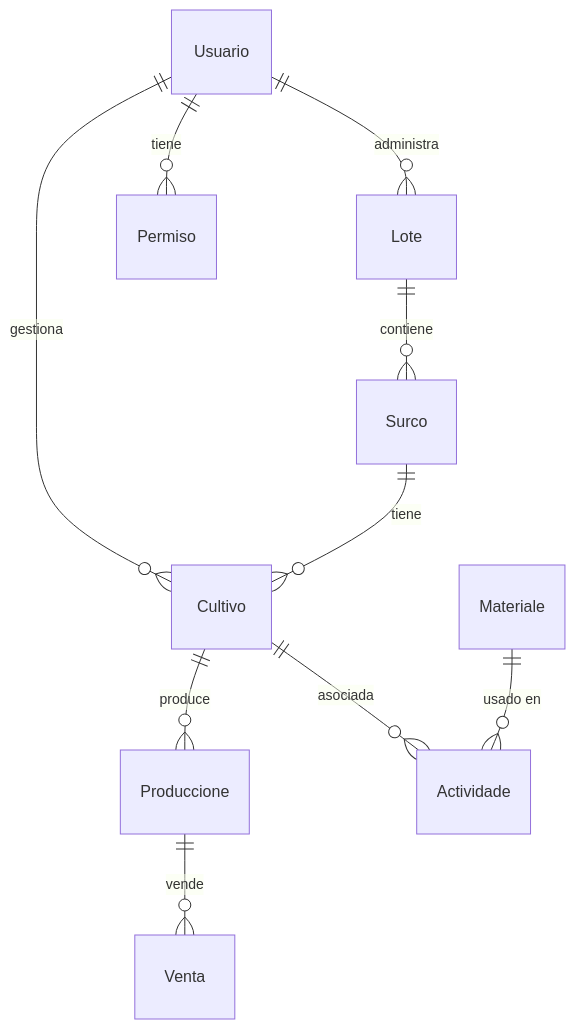
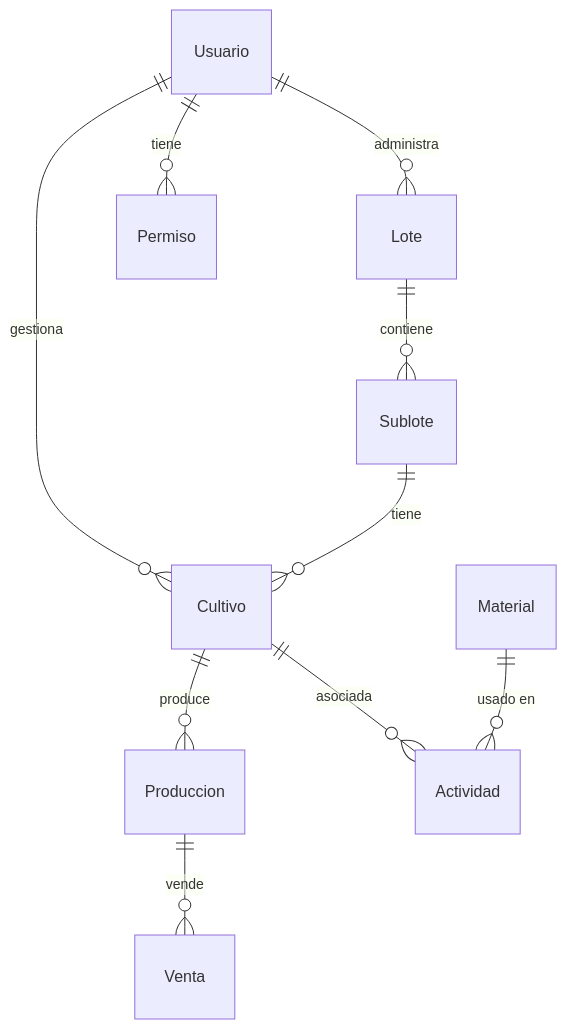
One commit to KERLINFIGUEROA0/ProyectoFormativoAgrotech changed the second of 13 diagrams in documentacion/src/content/docs/arquitectura.md. Above: the diagram before and after it, drawn with Mermaid. The commit also changed other lines of this file and 27 other files, not shown here.

````diff
--- a/documentacion/src/content/docs/arquitectura.md
+++ b/documentacion/src/content/docs/arquitectura.md
@@ -35,12 +35,12 @@
 ```mermaid
 erDiagram
     Usuario ||--o{ Cultivo : "gestiona"
     Usuario ||--o{ Lote : "administra"
-    Lote ||--o{ Surco : "contiene"
-    Surco ||--o{ Cultivo : "tiene"
-    Cultivo ||--o{ Produccione : "produce"
-    Produccione ||--o{ Venta : "vende"
-    Cultivo ||--o{ Actividade : "asociada"
-    Materiale ||--o{ Actividade : "usado en"
+    Lote ||--o{ Sublote : "contiene"
+    Sublote ||--o{ Cultivo : "tiene"
+    Cultivo ||--o{ Produccion : "produce"
+    Produccion ||--o{ Venta : "vende"
+    Cultivo ||--o{ Actividad : "asociada"
+    Material ||--o{ Actividad : "usado en"
     Usuario ||--o{ Permiso : "tiene"
 ```
````
